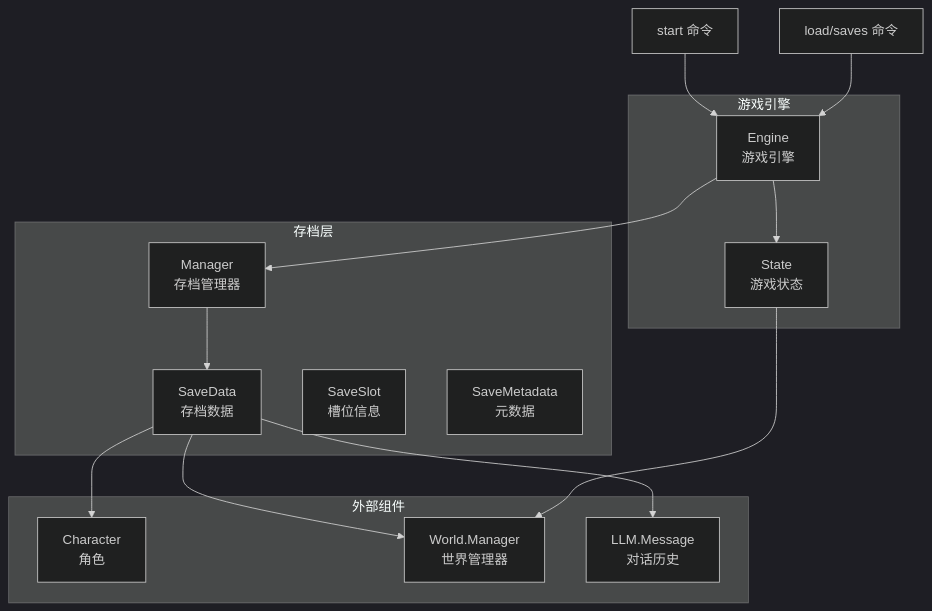
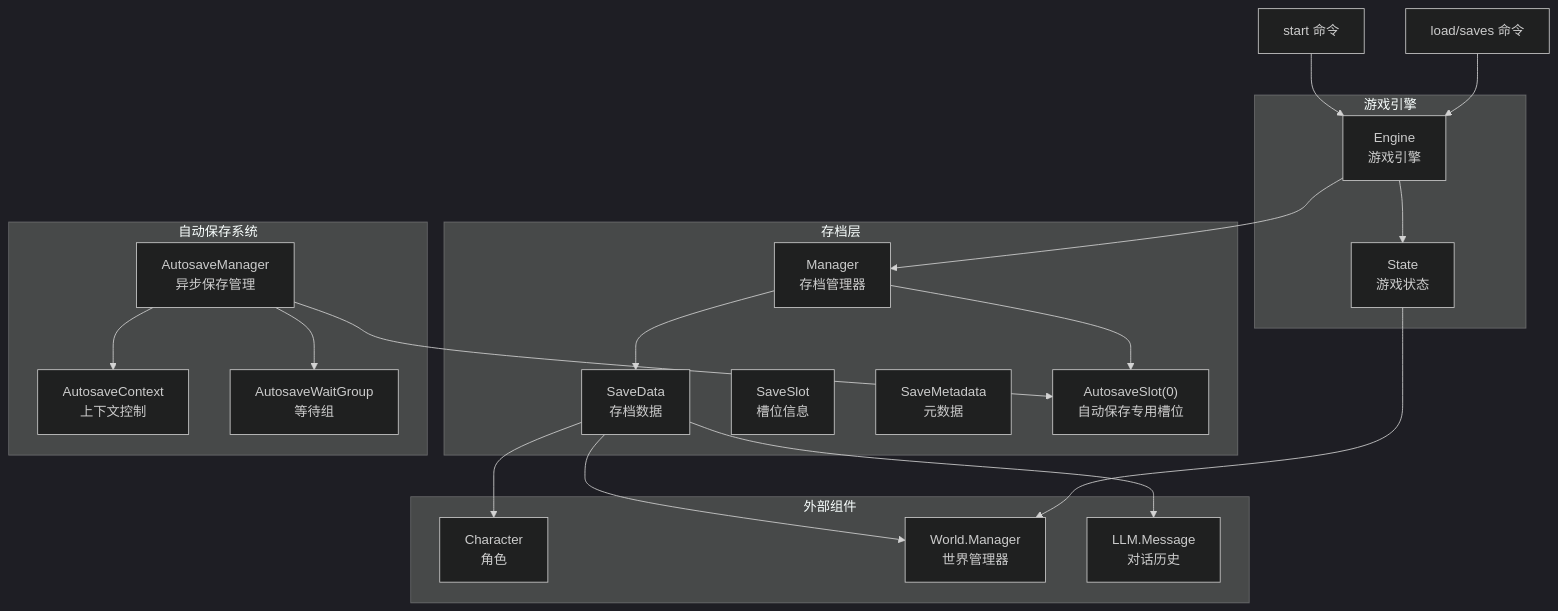
One commit to zwh8800/cdnd changed the first of 9 diagrams in .qoder/repowiki/zh/content/存档系统.md. Above: the diagram before and after it, drawn with Mermaid (dark theme). The commit also changed other lines of this file and 23 other files, not shown here.

````diff
--- a/.qoder/repowiki/zh/content/存档系统.md
+++ b/.qoder/repowiki/zh/content/存档系统.md
@@ -41,29 +50,39 @@
 ```mermaid
 graph TB
 subgraph "存档层"
 SM["Manager<br/>存档管理器"]
 SD["SaveData<br/>存档数据"]
 SS["SaveSlot<br/>槽位信息"]
 MET["SaveMetadata<br/>元数据"]
+AS["AutosaveSlot(0)<br/>自动保存专用槽位"]
+end
+subgraph "自动保存系统"
+ASMgr["AutosaveManager<br/>异步保存管理"]
+ASCtx["AutosaveContext<br/>上下文控制"]
+ASWG["AutosaveWaitGroup<br/>等待组"]
 end
 subgraph "游戏引擎"
 ENG["Engine<br/>游戏引擎"]
 ST["State<br/>游戏状态"]
 end
 subgraph "外部组件"
 CH["Character<br/>角色"]
 WR["World.Manager<br/>世界管理器"]
 MSG["LLM.Message<br/>对话历史"]
 end
 CLI_Start["start 命令"]
 CLI_Load["load/saves 命令"]
 CLI_Start --> ENG
 CLI_Load --> ENG
 ENG --> SM
 SM --> SD
+SM --> AS
+ASMgr --> AS
+ASMgr --> ASCtx
+ASMgr --> ASWG
 SD --> CH
 SD --> WR
 SD --> MSG
 ENG --> ST
 ST --> WR
 ```
````
